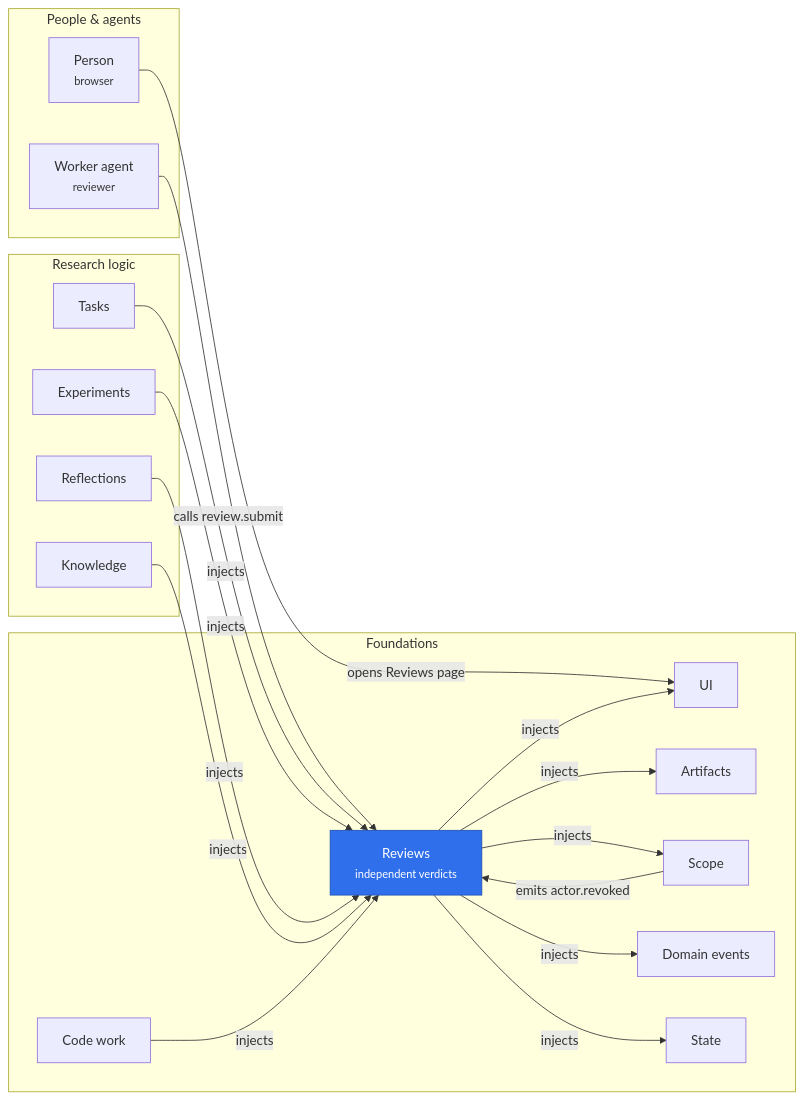
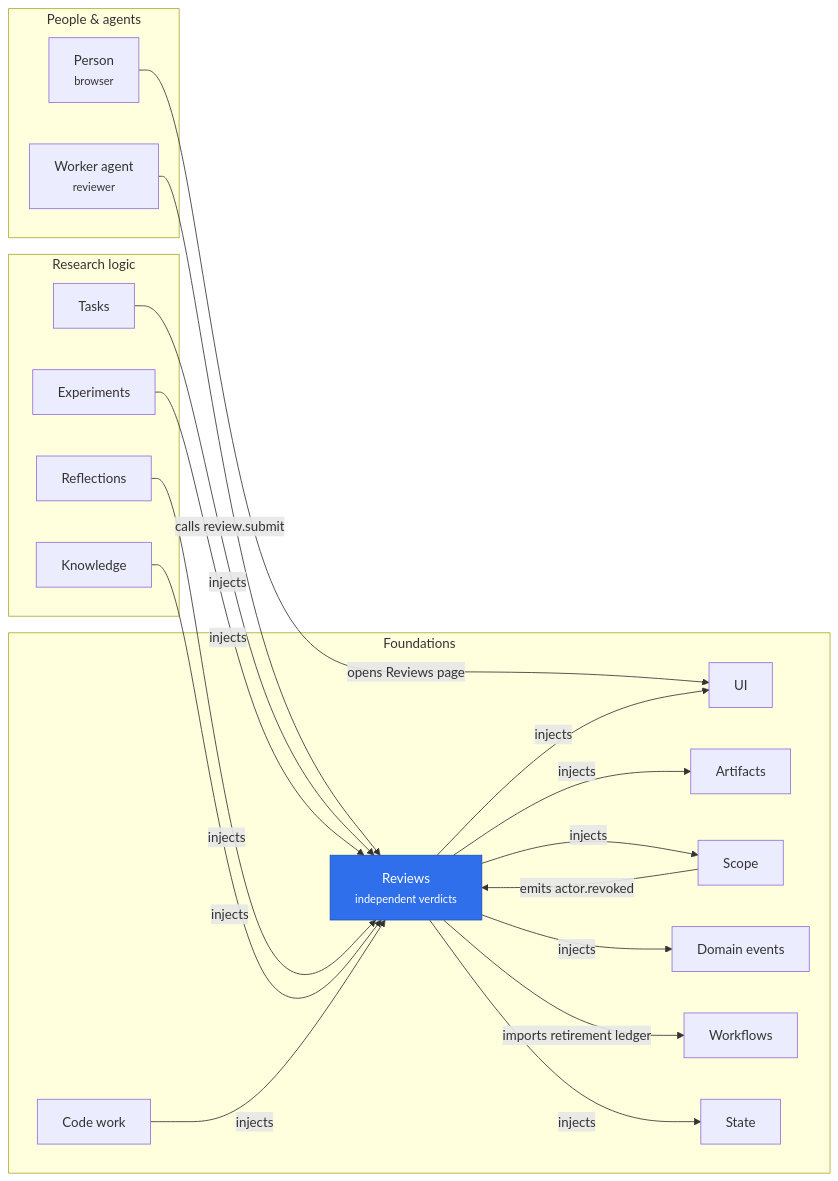
The diagram in merv-typescript/packages/reviews/README.md (rapidreview-io/Merv), drawn with Mermaid before and after one commit. The commit also changed 49 other files, not shown here.

````diff
--- a/merv-typescript/packages/reviews/README.md
+++ b/merv-typescript/packages/reviews/README.md
@@ -7,37 +7,39 @@
 ```mermaid
 flowchart LR
   subgraph peopleLayer["People & agents"]
     person["Person<br/><small>browser</small>"]
     workerAgent["Worker agent<br/><small>reviewer</small>"]
   end
   subgraph researchLayer["Research logic"]
     tasks["Tasks"]
     experiments["Experiments"]
     reflections["Reflections"]
     knowledge["Knowledge"]
   end
   subgraph foundationsLayer["Foundations"]
     reviews["Reviews<br/><small>independent verdicts</small>"]
     codeWork["Code work"]
     ui["UI"]
     artifacts["Artifacts"]
     scope["Scope"]
     domainEvents["Domain events"]
+    workflows["Workflows"]
     state["State"]
   end
   workerAgent -- "calls review.submit" --> reviews
   person -- "opens Reviews page" --> ui
   reviews -- "injects" --> ui
   tasks -- "injects" --> reviews
   experiments -- "injects" --> reviews
   reflections -- "injects" --> reviews
   knowledge -- "injects" --> reviews
   codeWork -- "injects" --> reviews
   reviews -- "injects" --> artifacts
   reviews -- "injects" --> scope
   reviews -- "injects" --> domainEvents
   reviews -- "injects" --> state
+  reviews -- "imports retirement ledger" --> workflows
   scope -- "emits actor.revoked" --> reviews
   classDef self fill:#2f6feb,color:#fff,stroke:#1f4fb0
   class reviews self
 ```
````
